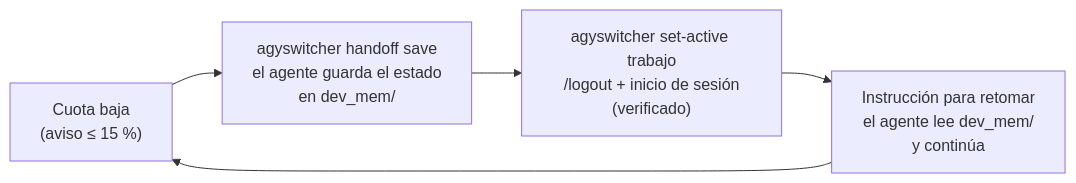
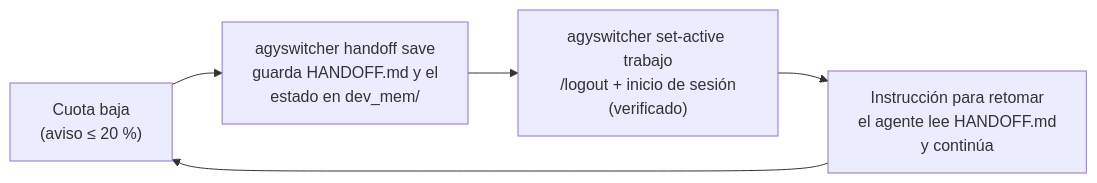
Before and after one commit to gabimarti/agyswitcher: the diagram in docs/index.md, drawn with Mermaid. The commit also changed other lines of this file and 14 other files, not shown here.

Commit message:
Fases 1 y 2: umbral de cuota al 20% y persistencia de traspaso en HANDOFF.md

````diff
--- a/docs/index.md
+++ b/docs/index.md
@@ -100,7 +100,7 @@
 ```mermaid
 flowchart LR
-    A["Cuota baja<br/>(aviso ≤ 15 %)"] --> B["agyswitcher handoff save<br/>el agente guarda el estado<br/>en dev_mem/"]
+    A["Cuota baja<br/>(aviso ≤ 20 %)"] --> B["agyswitcher handoff save<br/>guarda HANDOFF.md y el<br/>estado en dev_mem/"]
     B --> C["agyswitcher set-active trabajo<br/>/logout + inicio de sesión<br/>(verificado)"]
-    C --> D["Instrucción para retomar<br/>el agente lee dev_mem/<br/>y continúa"]
-    D --> A
+    D["Instrucción para retomar<br/>el agente lee HANDOFF.md<br/>y continúa"] --> A
+    C --> D
 ```
````
